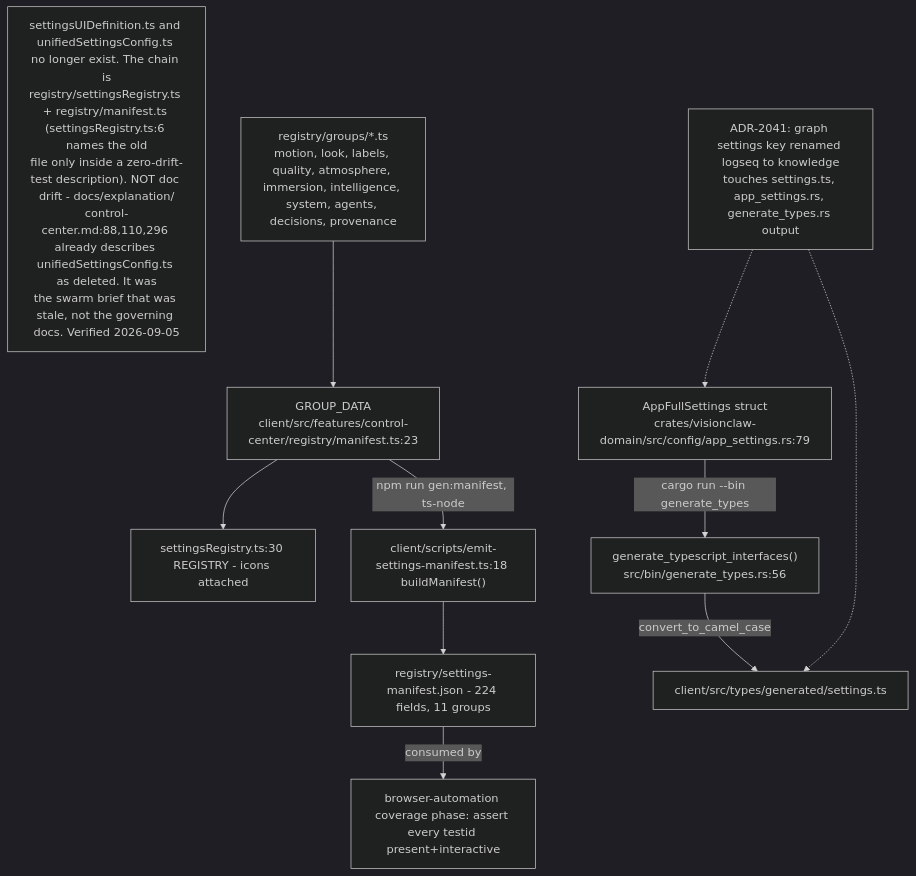
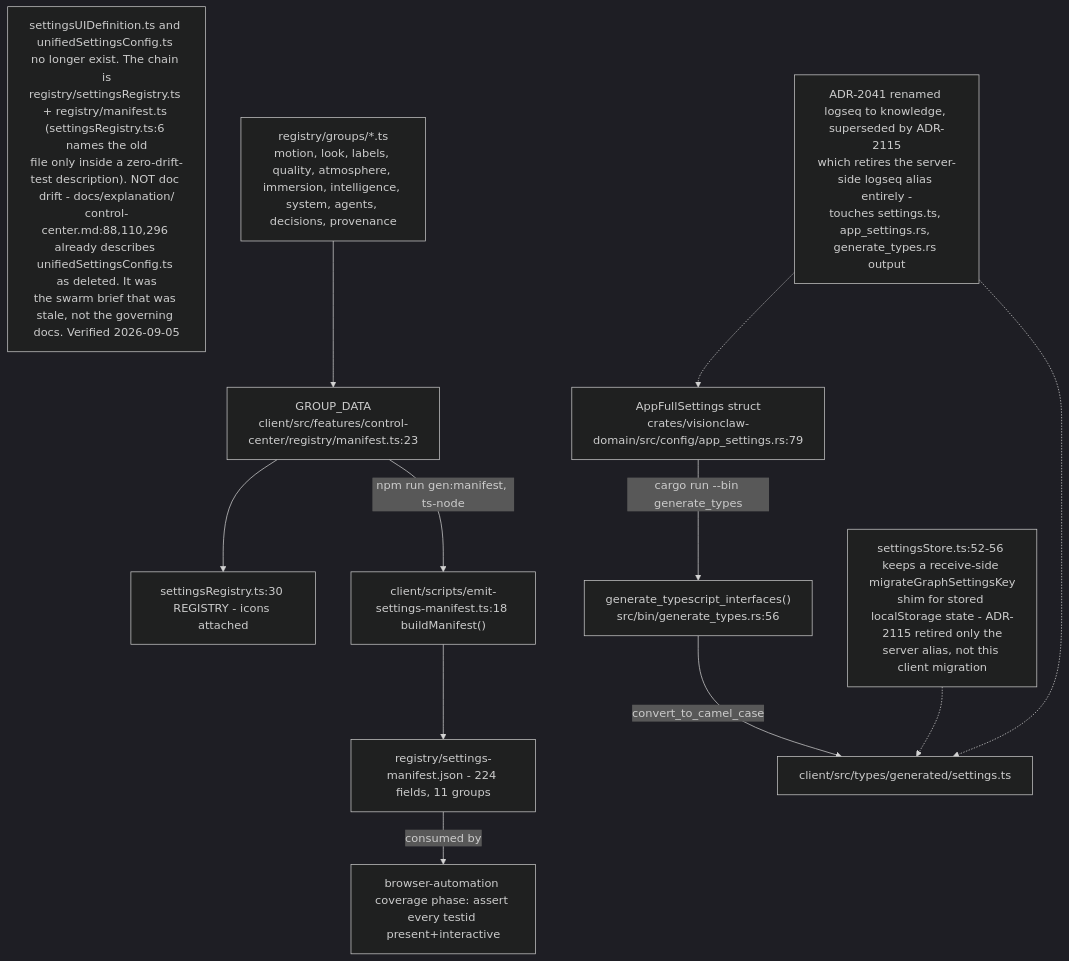
The second of 20 diagrams in docs/diagrams/visionclaw/34-client-features.md (DreamLab-AI/VisionFlow), drawn with Mermaid (dark theme) before and after one commit. The commit also changed other lines of this file and 136 other files, not shown here.

First line of the commit message:
docs(diagrams): refresh the whole corpus to code HEAD and prune low-value diagrams

````diff
--- a/docs/diagrams/visionclaw/34-client-features.md
+++ b/docs/diagrams/visionclaw/34-client-features.md
@@ -154,13 +154,14 @@
 ```mermaid
 flowchart TD
     RustStruct["AppFullSettings struct<br/>crates/visionclaw-domain/src/config/app_settings.rs:79"] -->|cargo run --bin generate_types| Gen["generate_typescript_interfaces()<br/>src/bin/generate_types.rs:56"]
     Gen -->|convert_to_camel_case| Out["client/src/types/generated/settings.ts"]
     Note1["settingsUIDefinition.ts and unifiedSettingsConfig.ts no longer exist. The chain is<br/>registry/settingsRegistry.ts + registry/manifest.ts (settingsRegistry.ts:6 names the old<br/>file only inside a zero-drift-test description). NOT doc drift - docs/explanation/<br/>control-center.md:88,110,296 already describes unifiedSettingsConfig.ts as deleted. It was<br/>the swarm brief that was stale, not the governing docs. Verified 2026-09-05"]
     Groups["registry/groups/*.ts<br/>motion, look, labels, quality, atmosphere, immersion, intelligence, system, agents, decisions, provenance"] --> ManifestTs["GROUP_DATA<br/>client/src/features/control-center/registry/manifest.ts:23"]
     ManifestTs --> Registry["settingsRegistry.ts:30 REGISTRY - icons attached"]
     ManifestTs -->|npm run gen:manifest, ts-node| Emit["client/scripts/emit-settings-manifest.ts:18 buildManifest()"]
     Emit --> ManifestJson["registry/settings-manifest.json - 224 fields, 11 groups"]
     ManifestJson -->|consumed by| QA["browser-automation coverage phase: assert every testid present+interactive"]
-    ADR["ADR-2041: graph settings key renamed logseq to knowledge<br/>touches settings.ts, app_settings.rs, generate_types.rs output"] -.-> RustStruct
+    ADR["ADR-2041 renamed logseq to knowledge, superseded by ADR-2115<br/>which retires the server-side logseq alias entirely -<br/>touches settings.ts, app_settings.rs, generate_types.rs output"] -.-> RustStruct
     ADR -.-> Out
+    Note2["settingsStore.ts:52-56 keeps a receive-side migrateGraphSettingsKey<br/>shim for stored localStorage state - ADR-2115 retired only the<br/>server alias, not this client migration"] -.-> Out
 ```
````
